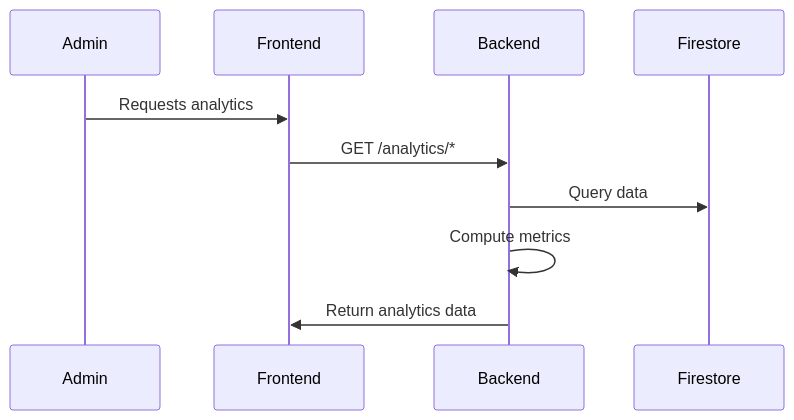
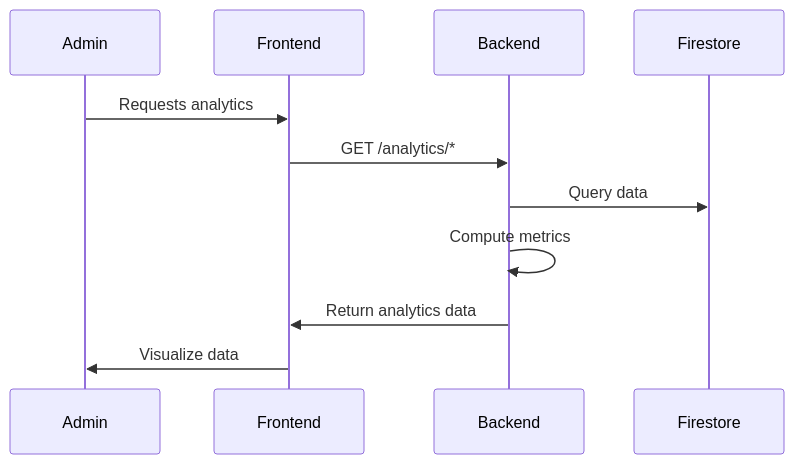
The diagram in documentation/diagram/mermaid/admin_analytics_flow.mermaid (nafimulyoo/capstone-candy), drawn with Mermaid before and after one commit. The commit also changed 3 other files, not shown here.

```diff
--- a/documentation/diagram/mermaid/admin_analytics_flow.mermaid
+++ b/documentation/diagram/mermaid/admin_analytics_flow.mermaid
@@ -1,6 +1,7 @@
 sequenceDiagram
     Admin->>Frontend: Requests analytics
     Frontend->>Backend: GET /analytics/*
     Backend->>Firestore: Query data
     Backend->>Backend: Compute metrics
     Backend->>Frontend: Return analytics data
+    Frontend->>Admin: Visualize data
```
